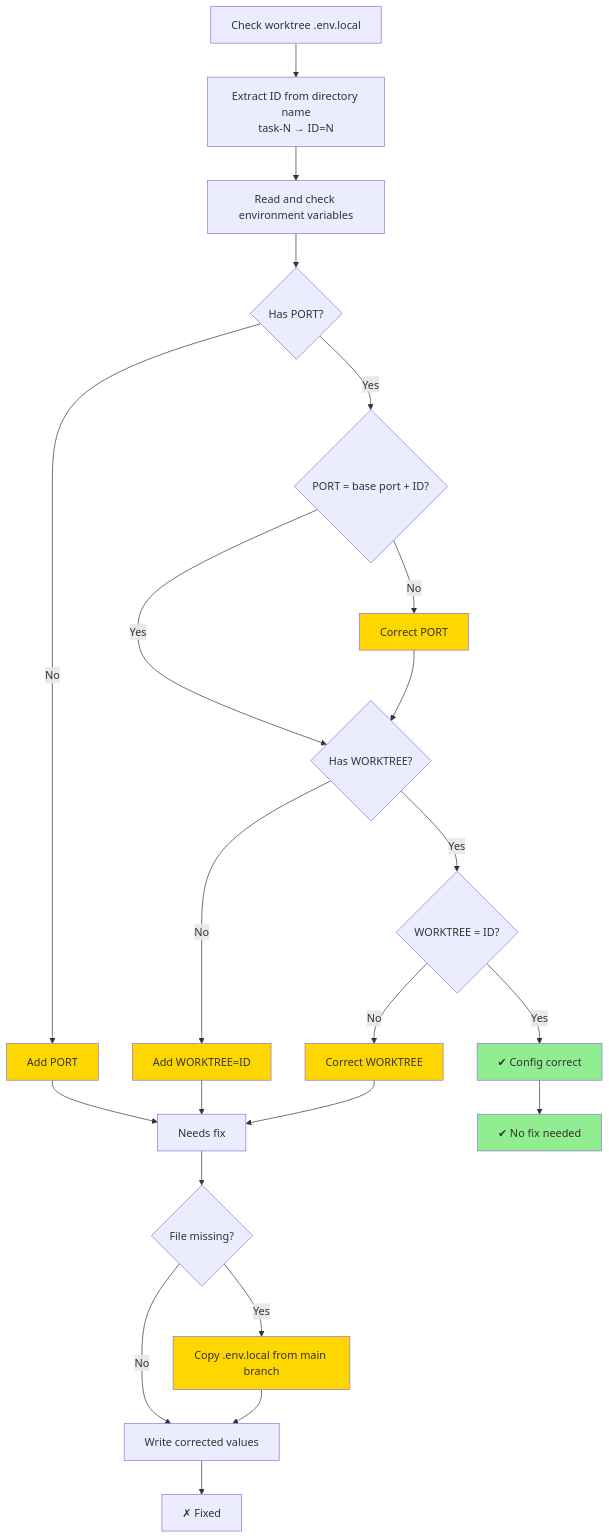
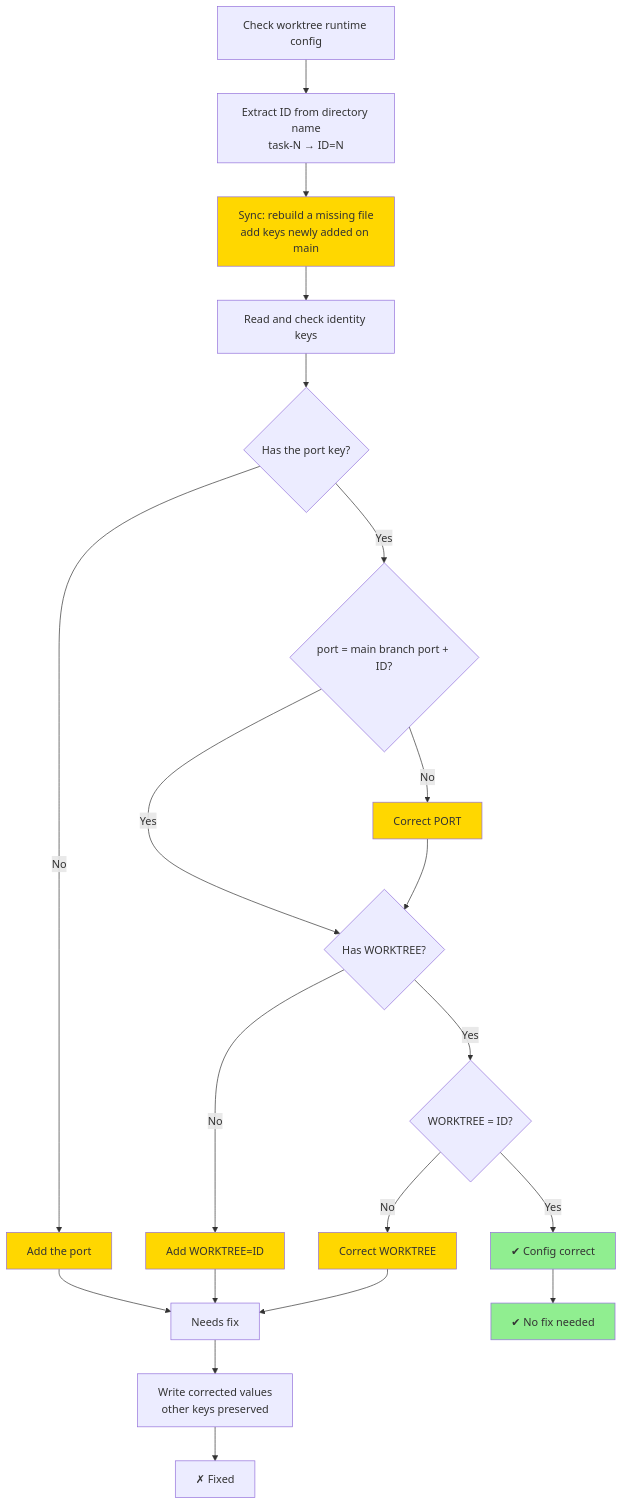
The third of 4 diagrams in docs/en/develop/design/commands/design-repair-command.md (colin-han/colyn), drawn with Mermaid before and after one commit. The commit also changed other lines of this file and 18 other files, not shown here.

````diff
--- a/docs/en/develop/design/commands/design-repair-command.md
+++ b/docs/en/develop/design/commands/design-repair-command.md
@@ -246,40 +259,38 @@
 ```mermaid
 graph TD
-    Start[Check worktree .env.local] --> GetID[Extract ID from directory name<br/>task-N → ID=N]
+    Start[Check worktree runtime config] --> GetID[Extract ID from directory name<br/>task-N → ID=N]
 
-    GetID --> CheckVars[Read and check environment variables]
+    GetID --> Sync[Sync: rebuild a missing file<br/>add keys newly added on main]
+    Sync --> CheckVars[Read and check identity keys]
 
-    CheckVars --> HasPort{Has PORT?}
-    HasPort -->|No| AddPort[Add PORT]
-    HasPort -->|Yes| PortCorrect{PORT = base port + ID?}
+    CheckVars --> HasPort{Has the port key?}
+    HasPort -->|No| AddPort[Add the port]
+    HasPort -->|Yes| PortCorrect{port = main branch port + ID?}
 
     PortCorrect -->|No| FixPort[Correct PORT]
     PortCorrect -->|Yes| HasWT{Has WORKTREE?}
 
     AddPort --> NeedFix
     FixPort --> HasWT
 
     HasWT -->|No| AddWT[Add WORKTREE=ID]
     HasWT -->|Yes| WTCorrect{WORKTREE = ID?}
 
     WTCorrect -->|No| FixWT[Correct WORKTREE]
     WTCorrect -->|Yes| AllOK[✔ Config correct]
 
     AddWT --> NeedFix
     FixWT --> NeedFix
 
-    NeedFix[Needs fix] --> FileMissing{File missing?}
-    FileMissing -->|Yes| CopyFromMain[Copy .env.local from main branch]
-    FileMissing -->|No| WriteFix[Write corrected values]
-    CopyFromMain --> WriteFix
+    NeedFix[Needs fix] --> WriteFix[Write corrected values<br/>other keys preserved]
     WriteFix --> End[✗ Fixed]
     AllOK --> End2[✔ No fix needed]
 
     style AddPort fill:#FFD700
     style FixPort fill:#FFD700
     style AddWT fill:#FFD700
     style FixWT fill:#FFD700
-    style CopyFromMain fill:#FFD700
+    style Sync fill:#FFD700
     style AllOK fill:#90EE90
     style End2 fill:#90EE90
 ```
````
